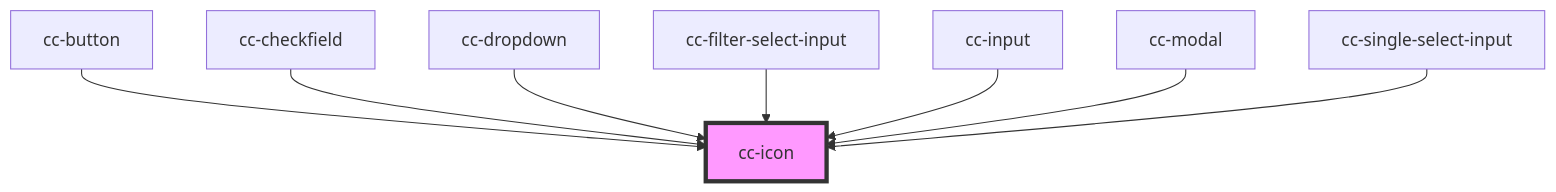
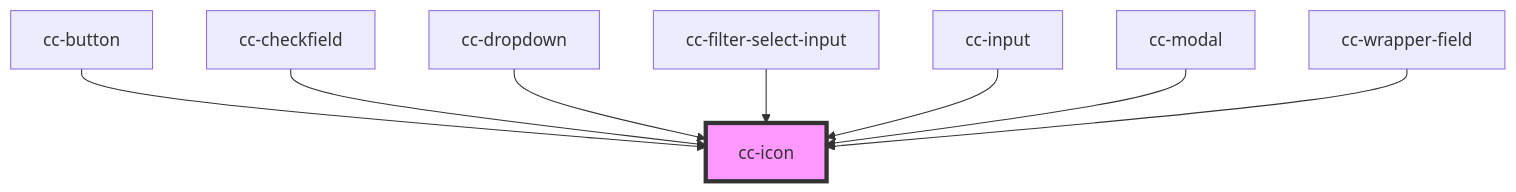
One commit to lacafetalab/cafeta-components changed the diagram in packages/core/src/components/cc-icon/readme.md. Above: the diagram before and after it, drawn with Mermaid. The commit also changed other lines of this file and 12 other files, not shown here.

Commit message:
chore() adding helpter text on cc-single-select-input , cc-filter-select-input

````diff
--- a/packages/core/src/components/cc-icon/readme.md
+++ b/packages/core/src/components/cc-icon/readme.md
@@ -29,11 +29,11 @@
 ```mermaid
 graph TD;
   cc-button --> cc-icon
   cc-checkfield --> cc-icon
   cc-dropdown --> cc-icon
   cc-filter-select-input --> cc-icon
   cc-input --> cc-icon
   cc-modal --> cc-icon
-  cc-single-select-input --> cc-icon
+  cc-wrapper-field --> cc-icon
   style cc-icon fill:#f9f,stroke:#333,stroke-width:4px
 ```
````
